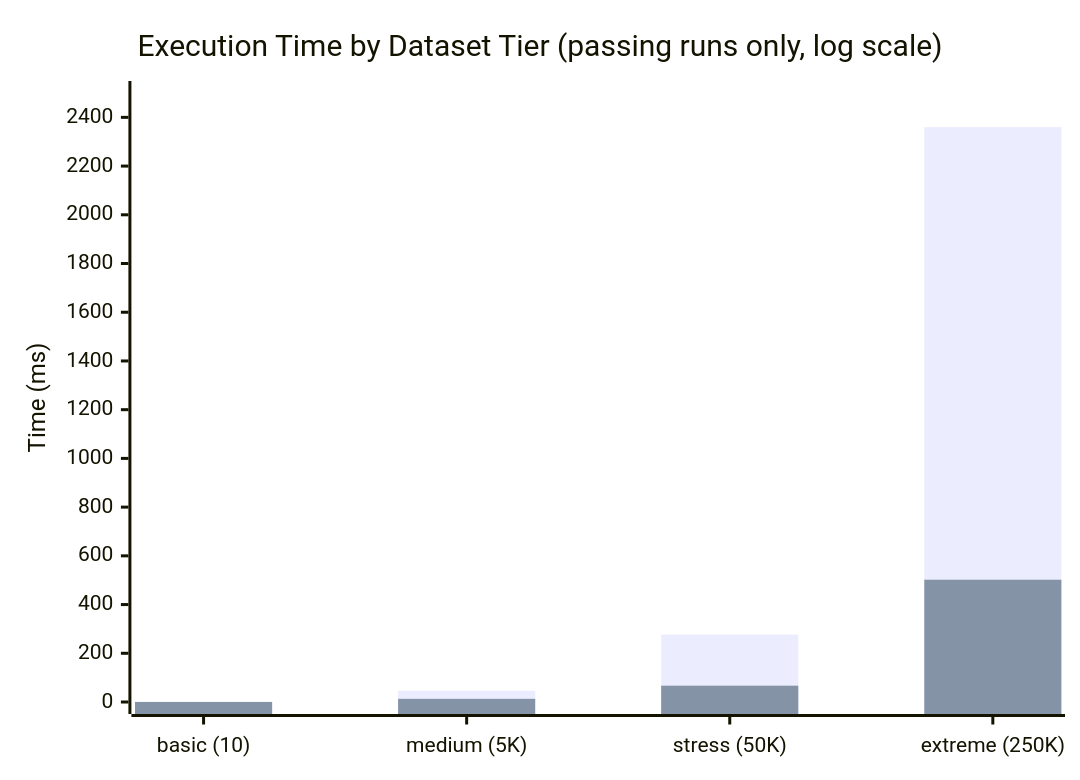
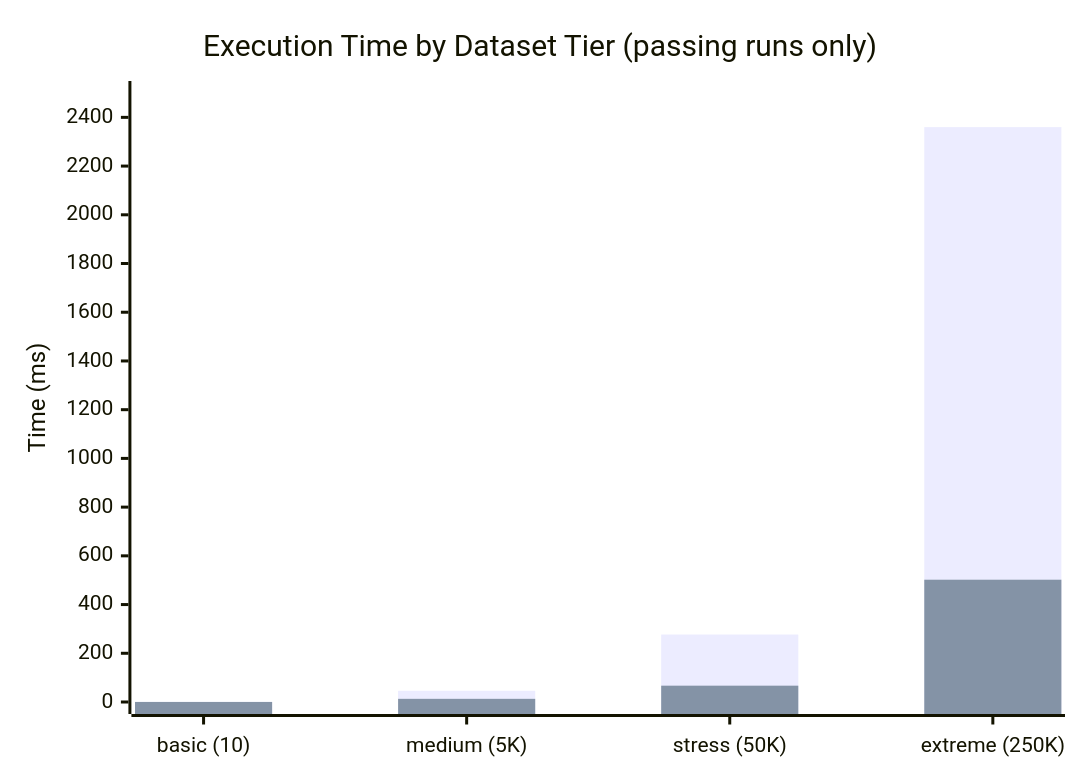
The second of 2 diagrams in analysis/EXPERIMENT_ANALYSIS.md (jml6m/populate-all-demo), drawn with Mermaid before and after one commit. The commit also changed other lines of this file and 2 other files, not shown here.

Commit message:
Fix log-scale handling in time-by-tier chart and correct Mermaid chart title
Agent-Logs-Url: https://github.com/jml6m/populate-all-demo/sessions/d8c8785d-3f19-4133-88e6-c240283ea00c

````diff
--- a/analysis/EXPERIMENT_ANALYSIS.md
+++ b/analysis/EXPERIMENT_ANALYSIS.md
@@ -125,8 +125,8 @@
 ```mermaid
 xychart-beta
-  title "Execution Time by Dataset Tier (passing runs only, log scale)"
+  title "Execution Time by Dataset Tier (passing runs only)"
   x-axis ["basic (10)", "medium (5K)", "stress (50K)", "extreme (250K)"]
   y-axis "Time (ms)" 0 --> 2500
   bar [0.8, 46, 277, 2360]
   bar [0.2, 13, 67, 502]
 ```
````
